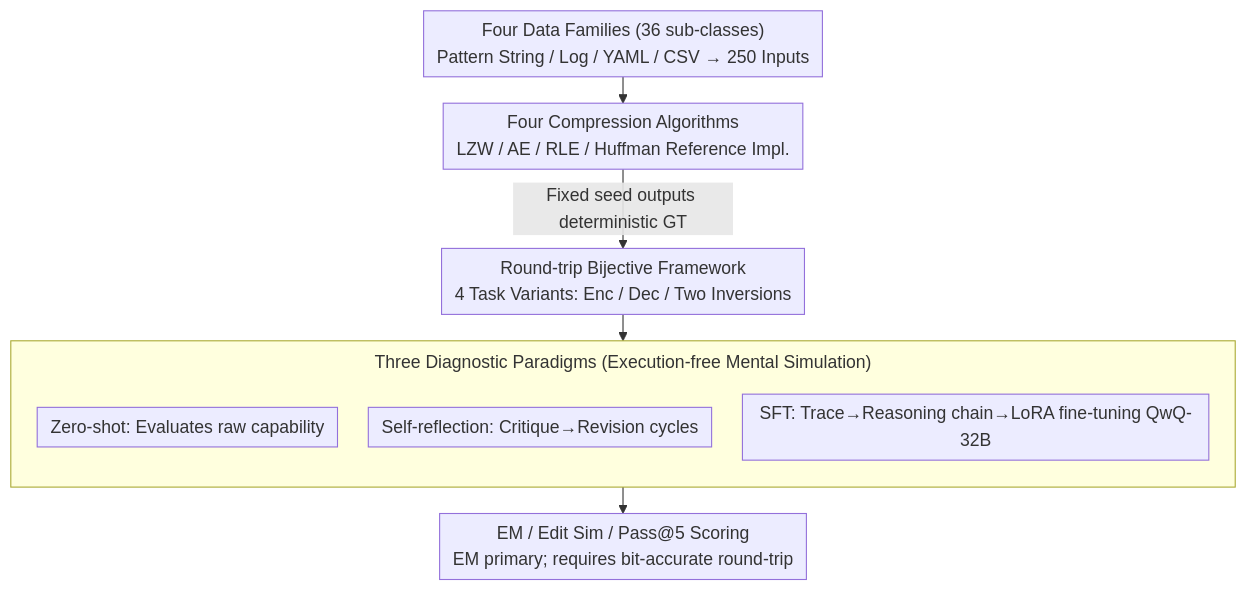
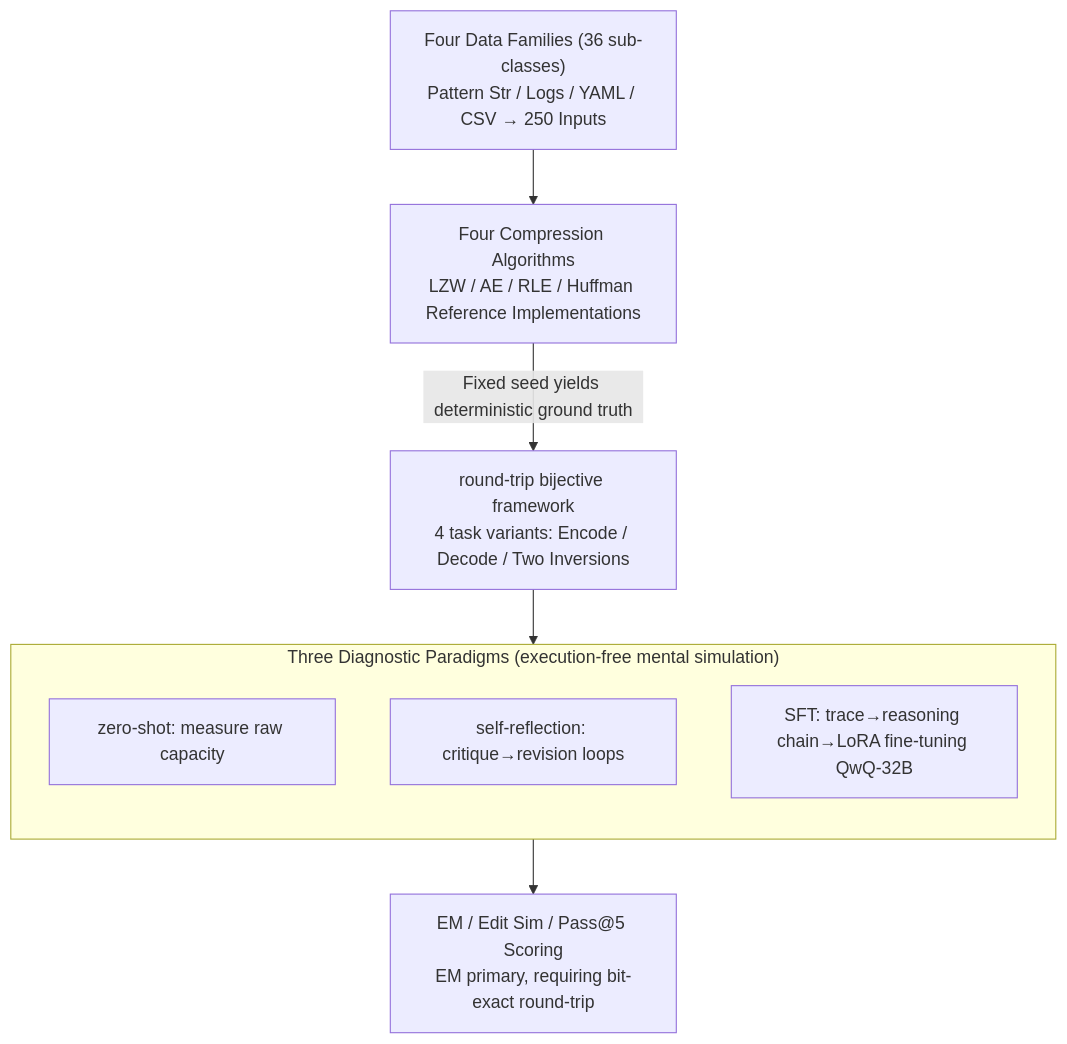
Before and after one commit to zhaoyang97/Paper-Notes-en: the diagram in docs/ACL2026/code_intelligence/can_llms_compress_and_decompress_evaluating_code_understanding_and_execution_via.md, drawn with Mermaid. The commit also changed other lines of this file and 5084 other files, not shown here.

````diff
--- a/docs/ACL2026/code_intelligence/can_llms_compress_and_decompress_evaluating_code_understanding_and_execution_via.md
+++ b/docs/ACL2026/code_intelligence/can_llms_compress_and_decompress_evaluating_code_understanding_and_execution_via.md
@@ -43,14 +43,13 @@
 ```mermaid
-%%{init: {'flowchart': {'rankSpacing': 24, 'nodeSpacing': 28, 'padding': 6, 'wrappingWidth': 400, 'subGraphTitleMargin': {'top': 8, 'bottom': 16}}}}%%
-flowchart TD
-    A["Four Data Families (36 sub-classes)<br/>Pattern String / Log / YAML / CSV → 250 Inputs"] --> B["Four Compression Algorithms<br/>LZW / AE / RLE / Huffman Reference Impl."]
-    B -->|Fixed seed outputs deterministic GT| C["Round-trip Bijective Framework<br/>4 Task Variants: Enc / Dec / Two Inversions"]
+graph TD
+    A["Four Data Families (36 sub-classes)<br/>Pattern Str / Logs / YAML / CSV → 250 Inputs"] --> B["Four Compression Algorithms<br/>LZW / AE / RLE / Huffman Reference Implementations"]
+    B -->|Fixed seed yields deterministic ground truth| C["round-trip bijective framework<br/>4 task variants: Encode / Decode / Two Inversions"]
     C --> DIAG
-    subgraph DIAG["Three Diagnostic Paradigms (Execution-free Mental Simulation)"]
+    subgraph DIAG["Three Diagnostic Paradigms (execution-free mental simulation)"]
         direction TB
-        E["Zero-shot: Evaluates raw capability"]
-        F["Self-reflection: Critique→Revision cycles"]
-        G["SFT: Trace→Reasoning chain→LoRA fine-tuning QwQ-32B"]
+        E["zero-shot: measure raw capacity"]
+        F["self-reflection: critique→revision loops"]
+        G["SFT: trace→reasoning chain→LoRA fine-tuning QwQ-32B"]
     end
-    DIAG --> H["EM / Edit Sim / Pass@5 Scoring<br/>EM primary; requires bit-accurate round-trip"]
+    DIAG --> H["EM / Edit Sim / Pass@5 Scoring<br/>EM primary, requiring bit-exact round-trip"]
 ```
````
